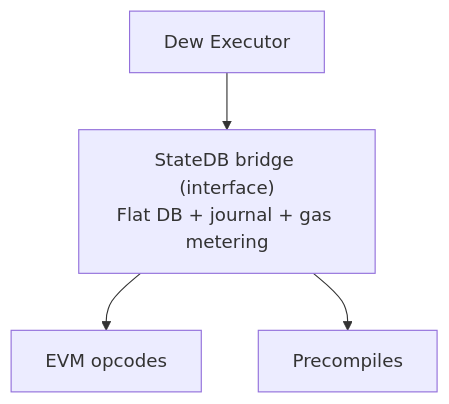
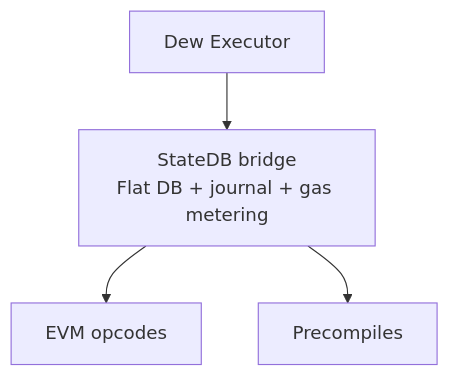
One commit to dewnetwork/dew changed the diagram in docs/execution/evm.md. Above: the diagram before and after it, drawn with Mermaid. The commit also changed other lines of this file and 13 other files, not shown here.

````diff
--- a/docs/execution/evm.md
+++ b/docs/execution/evm.md
@@ -15,6 +15,6 @@
 ```mermaid
 flowchart TD
-    Executor["Dew Executor"] --> Bridge["StateDB bridge (interface)<br>Flat DB + journal + gas metering"]
+    Executor["Dew Executor"] --> Bridge["StateDB bridge<br>Flat DB + journal + gas metering"]
     Bridge --> Opcodes["EVM opcodes"]
     Bridge --> Precompiles["Precompiles"]
 ```
````
